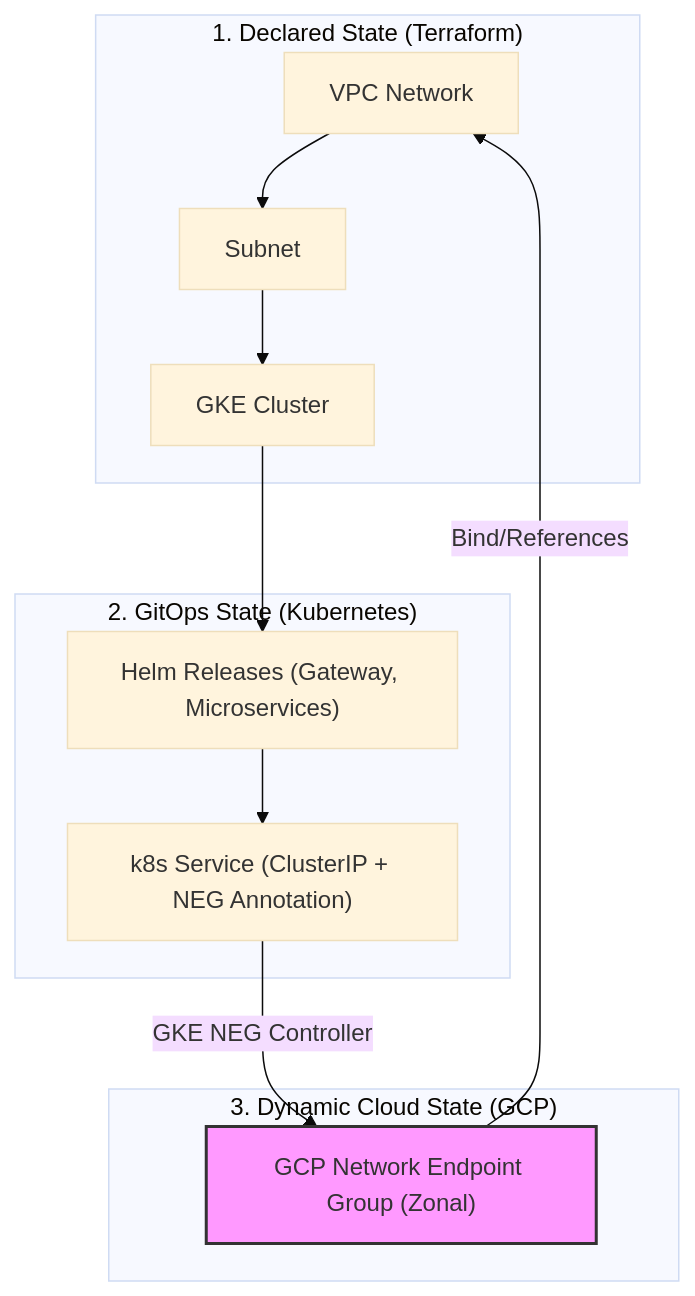
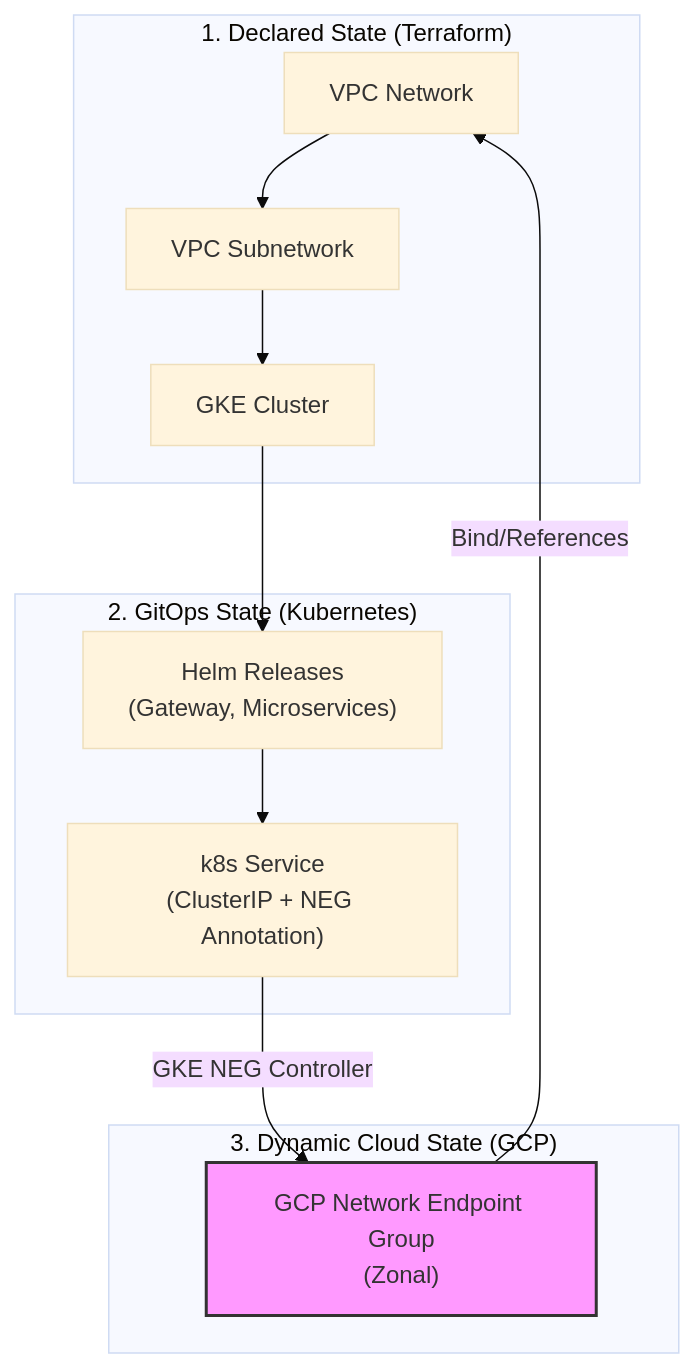
One commit to nubenetes/jenkins-2026 changed the tenth of 10 diagrams in README.md. Above: the diagram before and after it, drawn with Mermaid (base theme). The commit also changed 1 other file, not shown here.

Commit message:
docs(readme): wrap long labels and fix links in lifecycle diagram

````diff
--- a/README.md
+++ b/README.md
@@ -2347,19 +2347,19 @@
 ```mermaid
 graph TD
     subgraph TF ["1. Declared State (Terraform)"]
-        VPC["VPC Network"] --> Subnet
+        VPC["VPC Network"] --> Subnet["VPC Subnetwork"]
         Subnet --> GKE["GKE Cluster"]
     end
 
     subgraph K8S ["2. GitOps State (Kubernetes)"]
-        GKE --> Helm["Helm Releases (Gateway, Microservices)"]
-        Helm --> Serv["k8s Service (ClusterIP + NEG Annotation)"]
+        GKE --> Helm["Helm Releases<br/>(Gateway, Microservices)"]
+        Helm --> Serv["k8s Service<br/>(ClusterIP + NEG Annotation)"]
     end
 
     subgraph GCP ["3. Dynamic Cloud State (GCP)"]
-        Serv -- GKE NEG Controller --> NEG["GCP Network Endpoint Group (Zonal)"]
-        NEG -- "Bind/References" --> VPC
+        Serv -->|GKE NEG Controller| NEG["GCP Network Endpoint Group<br/>(Zonal)"]
+        NEG -->|"Bind/References"| VPC
     end
 
     style NEG fill:#f9f,stroke:#333,stroke-width:2px
 ```
````
